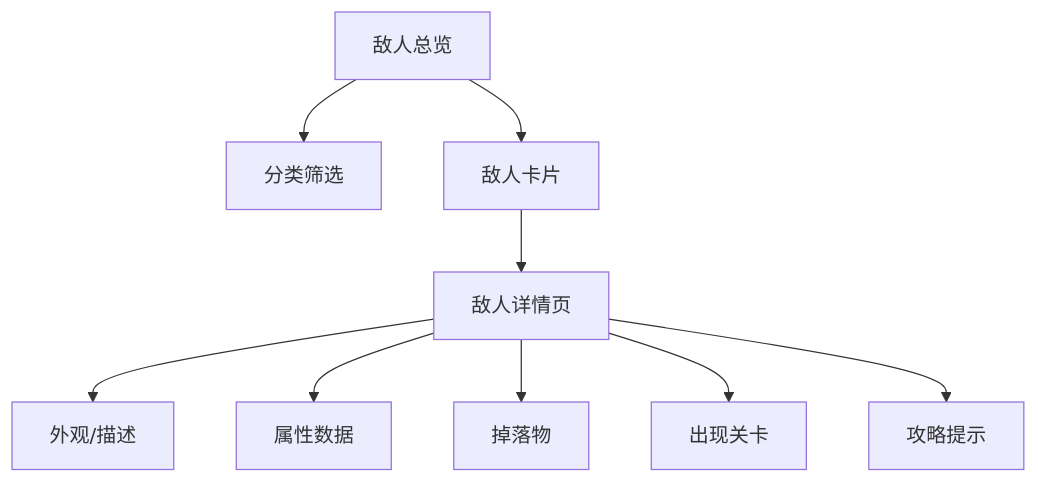
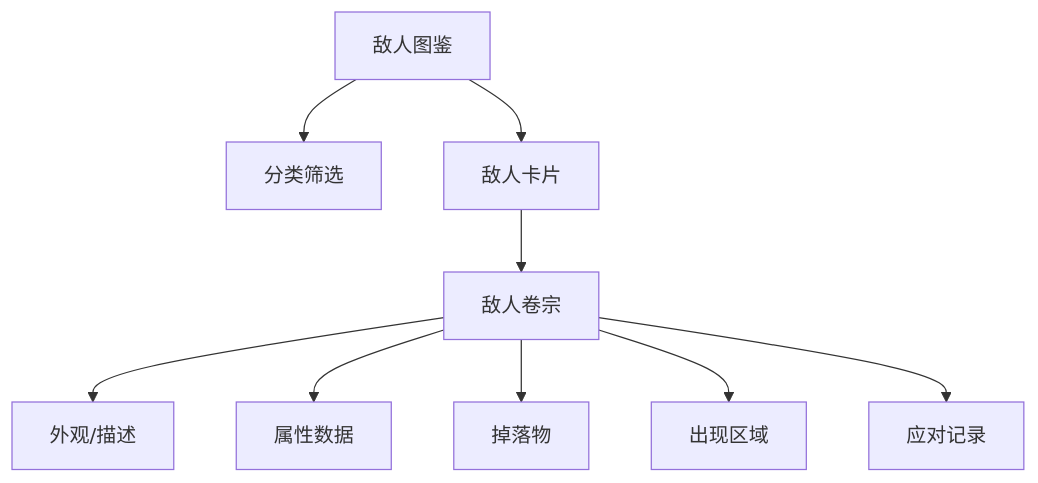
Before and after one commit to Deliay/hongshan-archives-bureau: the diagram in docs/product/07-bestiary.md, drawn with Mermaid. The commit also changed other lines of this file and 11 other files, not shown here.

````diff
--- a/docs/product/07-bestiary.md
+++ b/docs/product/07-bestiary.md
@@ -32,11 +32,11 @@
 ```mermaid
 flowchart TD
-    A[敌人总览] --> B[分类筛选]
+    A[敌人图鉴] --> B[分类筛选]
     A --> C[敌人卡片]
-    C --> D[敌人详情页]
+    C --> D[敌人卷宗]
     D --> E[外观/描述]
     D --> F[属性数据]
     D --> G[掉落物]
-    D --> H[出现关卡]
-    D --> I[攻略提示]
+    D --> H[出现区域]
+    D --> I[应对记录]
 ```
````
